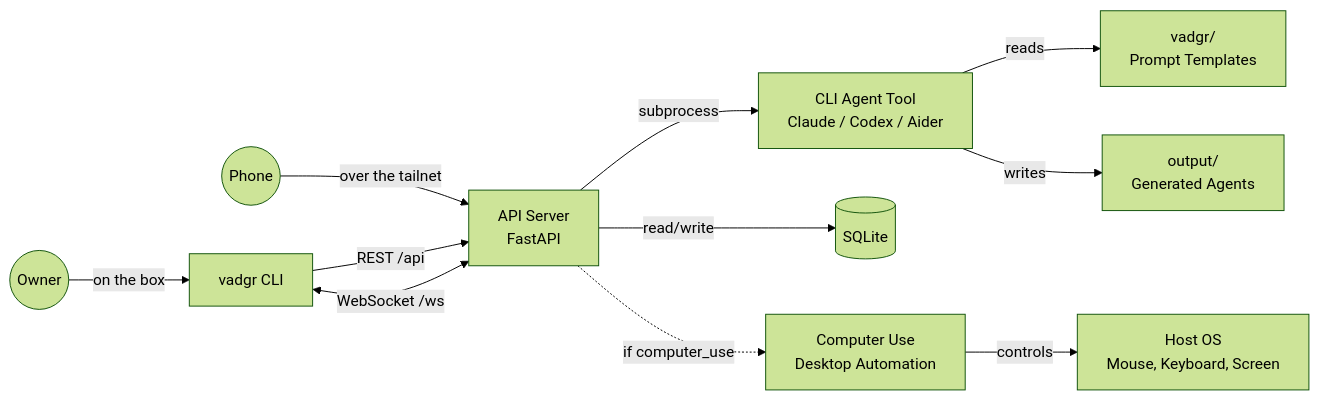
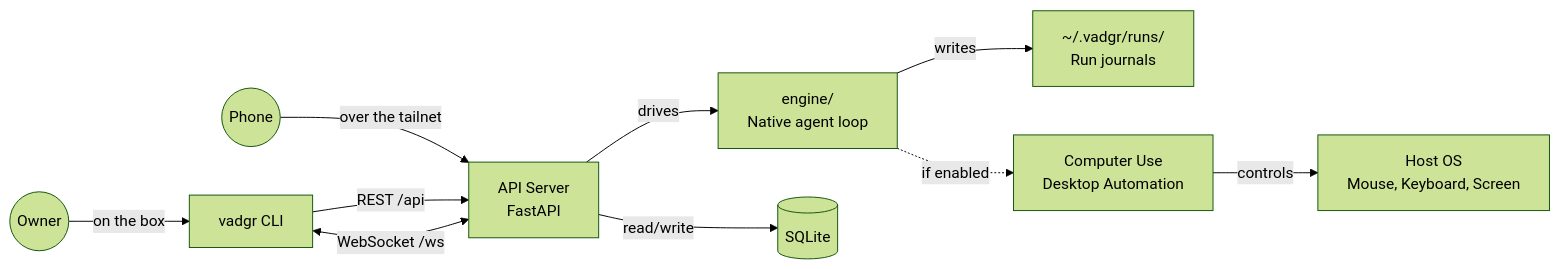
The diagram in README.md (MONTBRAIN/vadgr), drawn with Mermaid (forest theme) before and after one commit. The commit also changed other lines of this file and 244 other files, not shown here.

````diff
--- a/README.md
+++ b/README.md
@@ -128,13 +105,12 @@
 ```mermaid
 graph LR
     Owner((Owner)) -->|on the box| VCLI[vadgr CLI]
     Phone((Phone)) -->|over the tailnet| API
     VCLI -->|REST /api| API[API Server<br/>FastAPI]
     VCLI <-->|WebSocket /ws| API
-    API -->|subprocess| CLI[CLI Agent Tool<br/>Claude / Codex / Aider]
+    API -->|drives| Loop[engine/<br/>Native agent loop]
     API -->|read/write| DB[(SQLite)]
-    CLI -->|reads| Vadgr[vadgr/<br/>Prompt Templates]
-    CLI -->|writes| Output[output/<br/>Generated Agents]
-    API -.->|if computer_use| CU[Computer Use<br/>Desktop Automation]
+    Loop -->|writes| Journal[~/.vadgr/runs/<br/>Run journals]
+    Loop -.->|if enabled| CU[Computer Use<br/>Desktop Automation]
     CU -->|controls| Desktop[Host OS<br/>Mouse, Keyboard, Screen]
 ```
````
